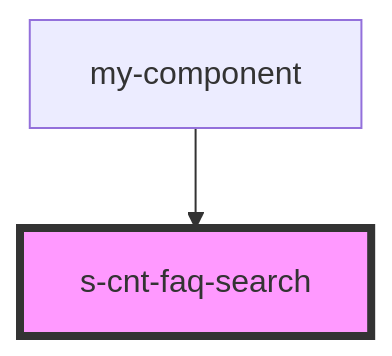
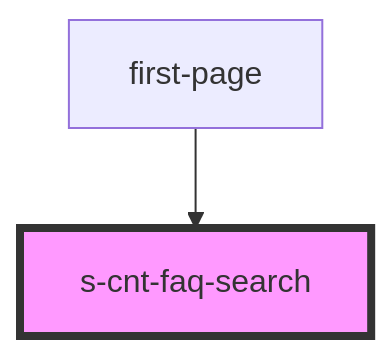
The diagram in src/components/s-cnt-faq-search/readme.md (magabiev/algolia-project-in-stenciljs), drawn with Mermaid before and after one commit. The commit also changed other lines of this file and 39 other files, not shown here.

````diff
--- a/src/components/s-cnt-faq-search/readme.md
+++ b/src/components/s-cnt-faq-search/readme.md
@@ -33,5 +34,5 @@
 ```mermaid
 graph TD;
-  my-component --> s-cnt-faq-search
+  first-page --> s-cnt-faq-search
   style s-cnt-faq-search fill:#f9f,stroke:#333,stroke-width:4px
 ```
````
